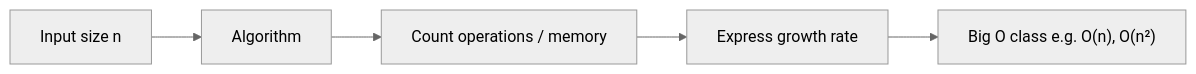
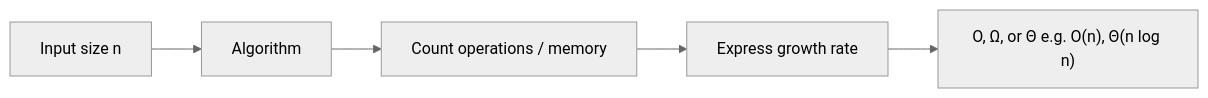
The first of 7 diagrams in Module-22/notes.md (StealthSilver/Mercury-CPP), drawn with Mermaid (neutral theme) before and after one commit. The commit also changed other lines of this file and 2 other files, not shown here.

````diff
--- a/Module-22/notes.md
+++ b/Module-22/notes.md
@@ -38,7 +38,7 @@
 ```mermaid
 flowchart LR
   A[Input size n] --> B[Algorithm]
   B --> C[Count operations / memory]
   C --> D[Express growth rate]
-  D --> E["Big O class e.g. O(n), O(n²)"]
+  D --> E["O, Ω, or Θ e.g. O(n), Θ(n log n)"]
 ```
````
